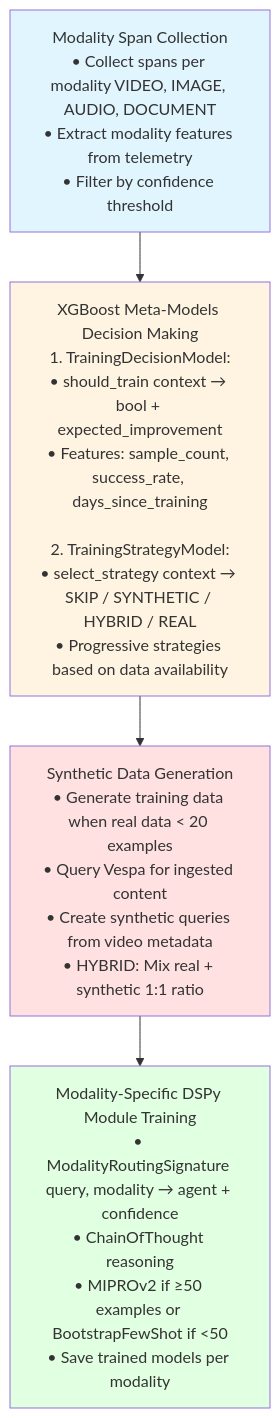
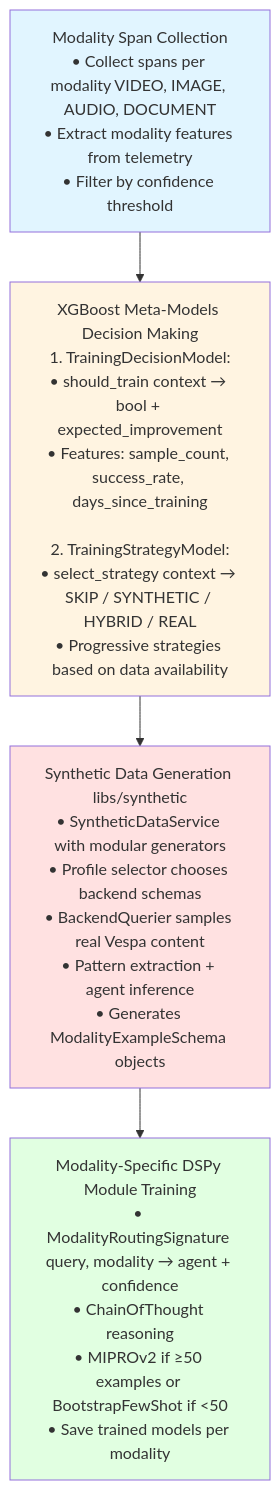
The third of 3 diagrams in docs/modules/optimization.md (amit-jain/cogniverse), drawn with Mermaid before and after one commit. The commit also changed other lines of this file and 42 other files, not shown here.

Commit message:
Integrate synthetic data generation with all optimizers

````diff
--- a/docs/modules/optimization.md
+++ b/docs/modules/optimization.md
@@ -103,15 +120,15 @@
 ```mermaid
 graph TB
     SpanCollection[Modality Span Collection<br/>• Collect spans per modality VIDEO, IMAGE, AUDIO, DOCUMENT<br/>• Extract modality features from telemetry<br/>• Filter by confidence threshold]
 
     SpanCollection --> XGBoost[XGBoost Meta-Models Decision Making<br/>1. TrainingDecisionModel:<br/>• should_train context → bool + expected_improvement<br/>• Features: sample_count, success_rate, days_since_training<br/><br/>2. TrainingStrategyModel:<br/>• select_strategy context → SKIP / SYNTHETIC / HYBRID / REAL<br/>• Progressive strategies based on data availability]
 
-    XGBoost --> Synthetic[Synthetic Data Generation<br/>• Generate training data when real data < 20 examples<br/>• Query Vespa for ingested content<br/>• Create synthetic queries from video metadata<br/>• HYBRID: Mix real + synthetic 1:1 ratio]
+    XGBoost --> SyntheticService[Synthetic Data Generation libs/synthetic<br/>• SyntheticDataService with modular generators<br/>• Profile selector chooses backend schemas<br/>• BackendQuerier samples real Vespa content<br/>• Pattern extraction + agent inference<br/>• Generates ModalityExampleSchema objects]
 
-    Synthetic --> Training[Modality-Specific DSPy Module Training<br/>• ModalityRoutingSignature query, modality → agent + confidence<br/>• ChainOfThought reasoning<br/>• MIPROv2 if ≥50 examples or BootstrapFewShot if <50<br/>• Save trained models per modality]
+    SyntheticService --> Training[Modality-Specific DSPy Module Training<br/>• ModalityRoutingSignature query, modality → agent + confidence<br/>• ChainOfThought reasoning<br/>• MIPROv2 if ≥50 examples or BootstrapFewShot if <50<br/>• Save trained models per modality]
 
     style SpanCollection fill:#e1f5ff
     style XGBoost fill:#fff4e1
-    style Synthetic fill:#ffe1e1
+    style SyntheticService fill:#ffe1e1
     style Training fill:#e1ffe1
 ```
````
